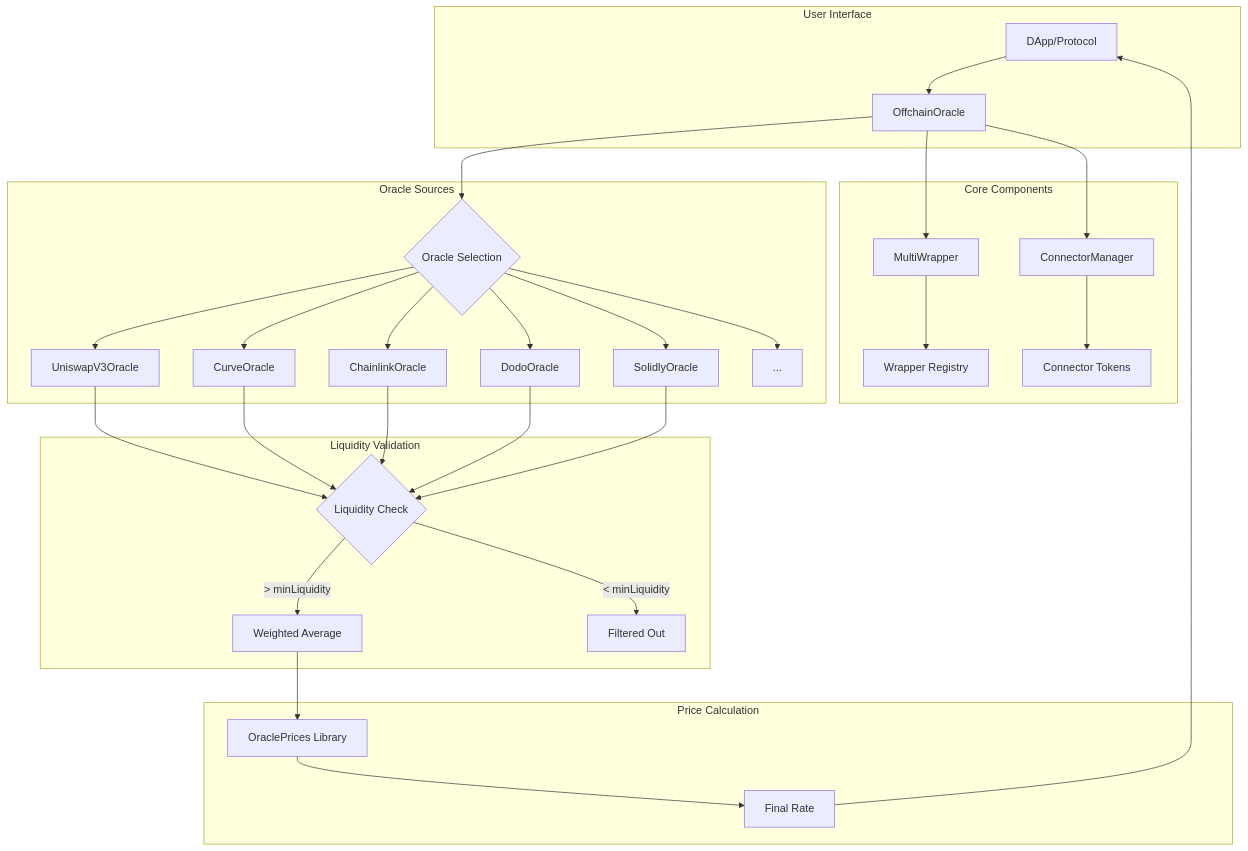
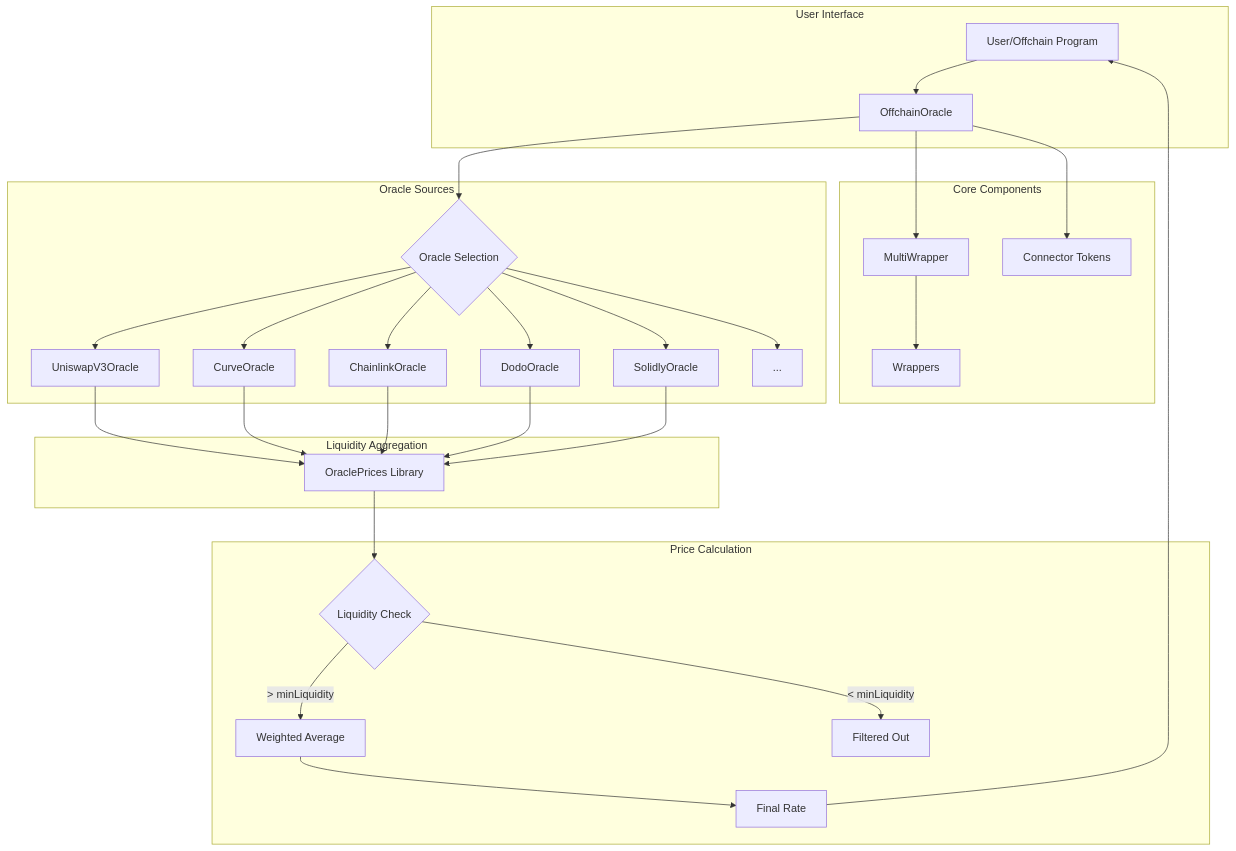
The first of 2 diagrams in description.md (1inch/spot-price-aggregator), drawn with Mermaid before and after one commit. The commit also changed other lines of this file, not shown here.

````diff
--- a/description.md
+++ b/description.md
@@ -84,39 +84,38 @@
 ```mermaid
 graph TB
     subgraph User Interface
-        A[DApp/Protocol] --> B[OffchainOracle]
+        A[User/Offchain Program] --> B[OffchainOracle]
     end
     
     subgraph Core Components
         B --> C[MultiWrapper]
-        B --> D[ConnectorManager]
-        C --> E[Wrapper Registry]
-        D --> F[Connector Tokens]
+        C --> E[Wrappers]
+        B --> F[Connector Tokens]
     end
     
     subgraph Oracle Sources
         B --> G{Oracle Selection}
         G --> H[UniswapV3Oracle]
         G --> I[CurveOracle]
         G --> J[ChainlinkOracle]
         G --> K[DodoOracle]
         G --> L[SolidlyOracle]
         G --> M[...]
     end
     
-    subgraph Liquidity Validation
-        H --> N{Liquidity Check}
+    subgraph Liquidity Aggregation
+        H --> N[OraclePrices Library]
         I --> N
         J --> N
         K --> N
         L --> N
-        N -->|> minLiquidity| O[Weighted Average]
-        N -->|< minLiquidity| P[Filtered Out]
     end
     
     subgraph Price Calculation
-        O --> Q[OraclePrices Library]
-        Q --> R[Final Rate]
+        N --> O{Liquidity Check}
+        O -->|> minLiquidity| P[Weighted Average]
+        O -->|< minLiquidity| Q[Filtered Out]
+        P --> R[Final Rate]
         R --> A
     end
 ```
````
